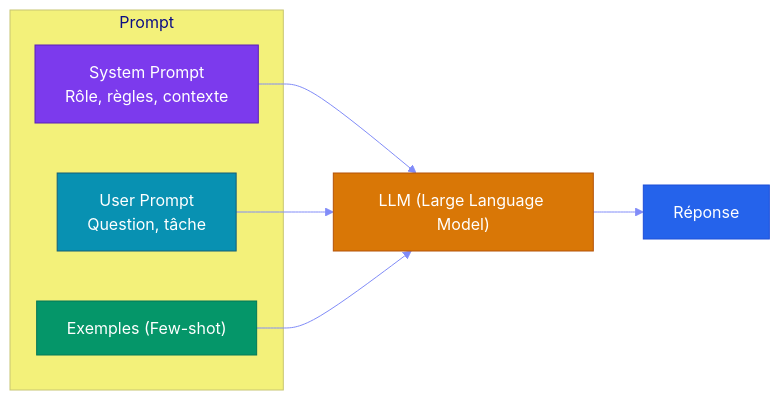
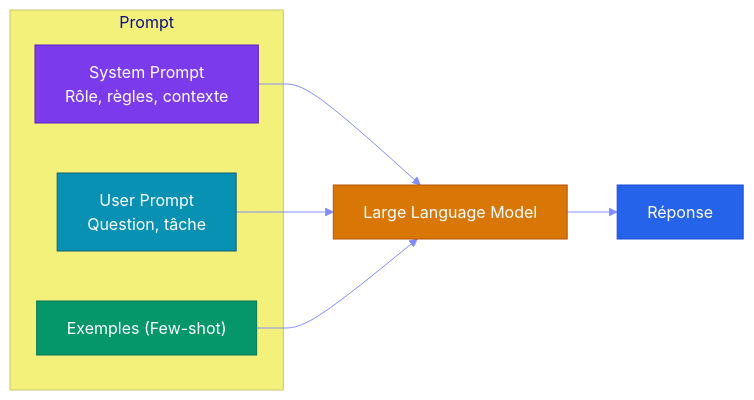
One commit to yugmerabtene/sdv-agentic changed the first of 3 diagrams in CHAPITRE-03-prompt-tool-use.md. Above: the diagram before and after it, drawn with Mermaid. The commit also changed other lines of this file and 11 other files, not shown here.

````diff
--- a/CHAPITRE-03-prompt-tool-use.md
+++ b/CHAPITRE-03-prompt-tool-use.md
@@ -37,24 +46,24 @@
 ```mermaid
 %%{init: {'theme': 'base', 'themeVariables': {
   'primaryColor': '#6366f1',
   'primaryTextColor': '#fff',
   'lineColor': '#818cf8'
 }}}%%
 graph LR
     subgraph Prompt
         SP[System Prompt<br/>Rôle, règles, contexte]
         UP[User Prompt<br/>Question, tâche]
         EX["Exemples (Few-shot)<br/>"]
     end
     
-    SP --> LLM["LLM (Large Language Model)"]
+    SP --> LLM["Large Language Model"]
     UP --> LLM
     EX --> LLM
     LLM --> R[Réponse]
     
     style SP fill:#7c3aed,color:#fff,stroke:#5b21b6
     style UP fill:#0891b2,color:#fff,stroke:#155e75
     style EX fill:#059669,color:#fff,stroke:#047857
     style LLM fill:#d97706,color:#fff,stroke:#b45309
     style R fill:#2563eb,color:#fff,stroke:#1d4ed8
 ```
````
